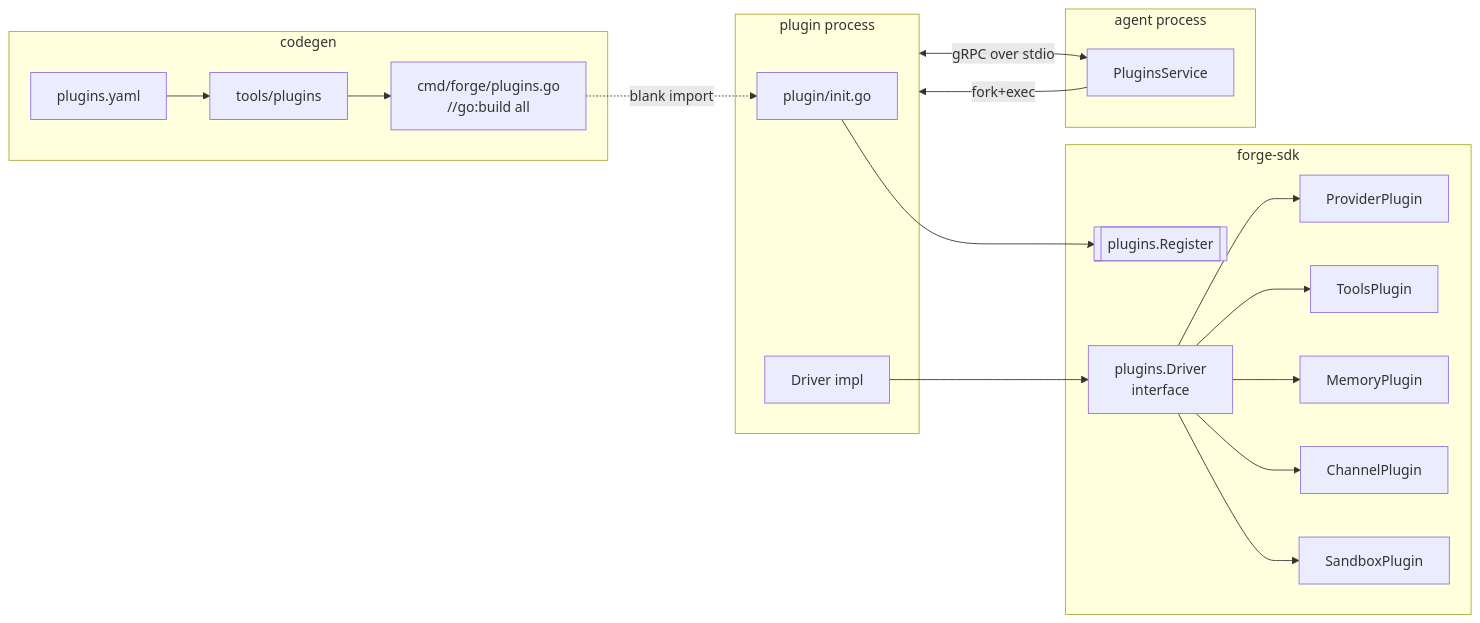
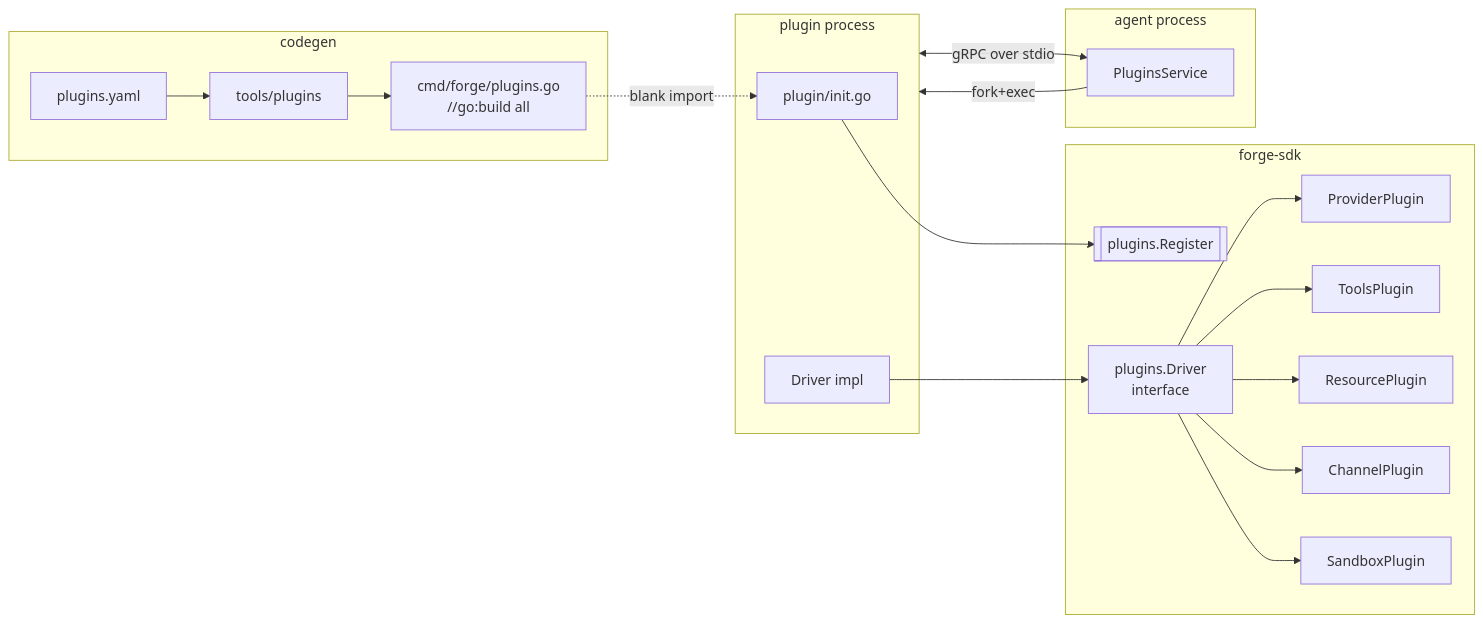
One commit to mwantia/forge changed the fourth of 4 diagrams in CLAUDE.md. Above: the diagram before and after it, drawn with Mermaid. The commit also changed other lines of this file and 52 other files, not shown here.

First line of the commit message:
Migrate sessions to content-addressed Merkle DAG and replace memory with resource service

````diff
--- a/CLAUDE.md
+++ b/CLAUDE.md
@@ -213,31 +214,31 @@
 ```mermaid
 flowchart LR
     subgraph SDK[forge-sdk]
         REG[[plugins.Register]]
         D[plugins.Driver<br/>interface]
         PP[ProviderPlugin]
         TP[ToolsPlugin]
-        MP[MemoryPlugin]
+        RP[ResourcePlugin]
         CP[ChannelPlugin]
         SP[SandboxPlugin]
     end
 
     subgraph Gen[codegen]
         Y[plugins.yaml] --> T[tools/plugins] --> G[cmd/forge/plugins.go<br/>//go:build all]
     end
 
     subgraph Plugin[plugin process]
         INIT[plugin/init.go] --> REG
         DRV[Driver impl] --> D
     end
 
     G -.blank import.-> INIT
 
     subgraph Agent[agent process]
         PS[PluginsService]
     end
 
     PS -- fork+exec --> Plugin
     Plugin <-- gRPC over stdio --> PS
-    D --> PP & TP & MP & CP & SP
+    D --> PP & TP & RP & CP & SP
 ```
````
